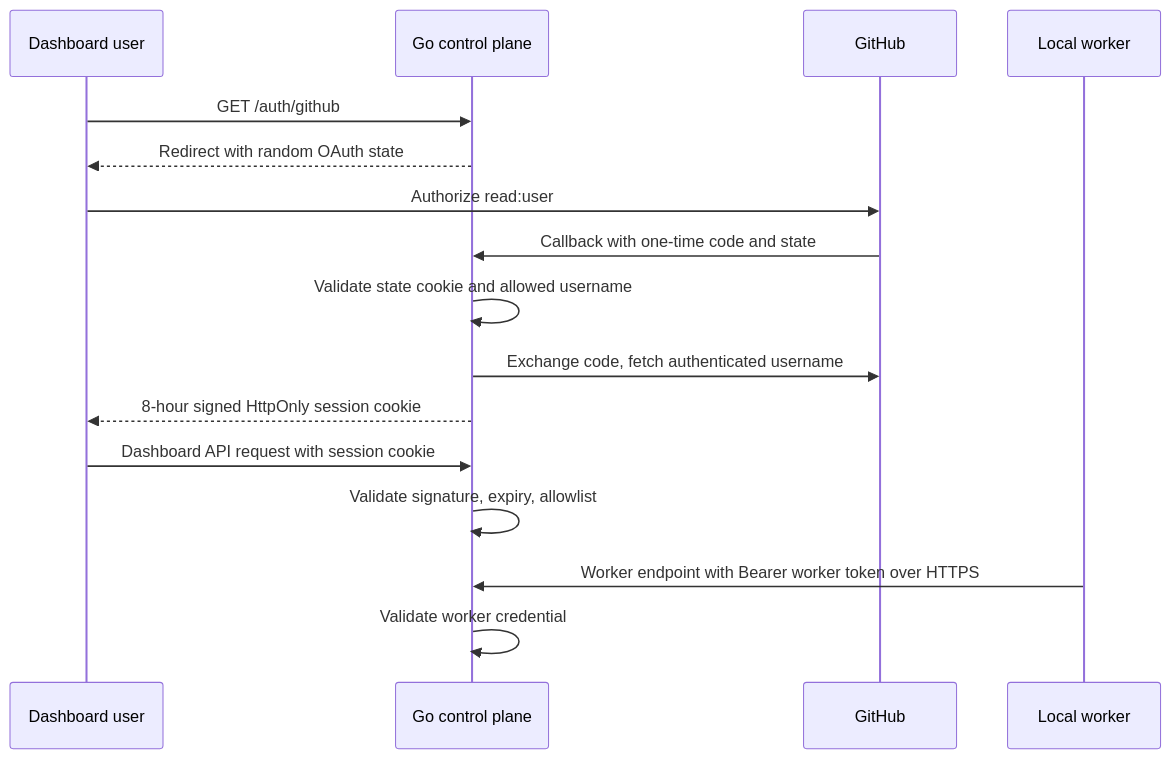
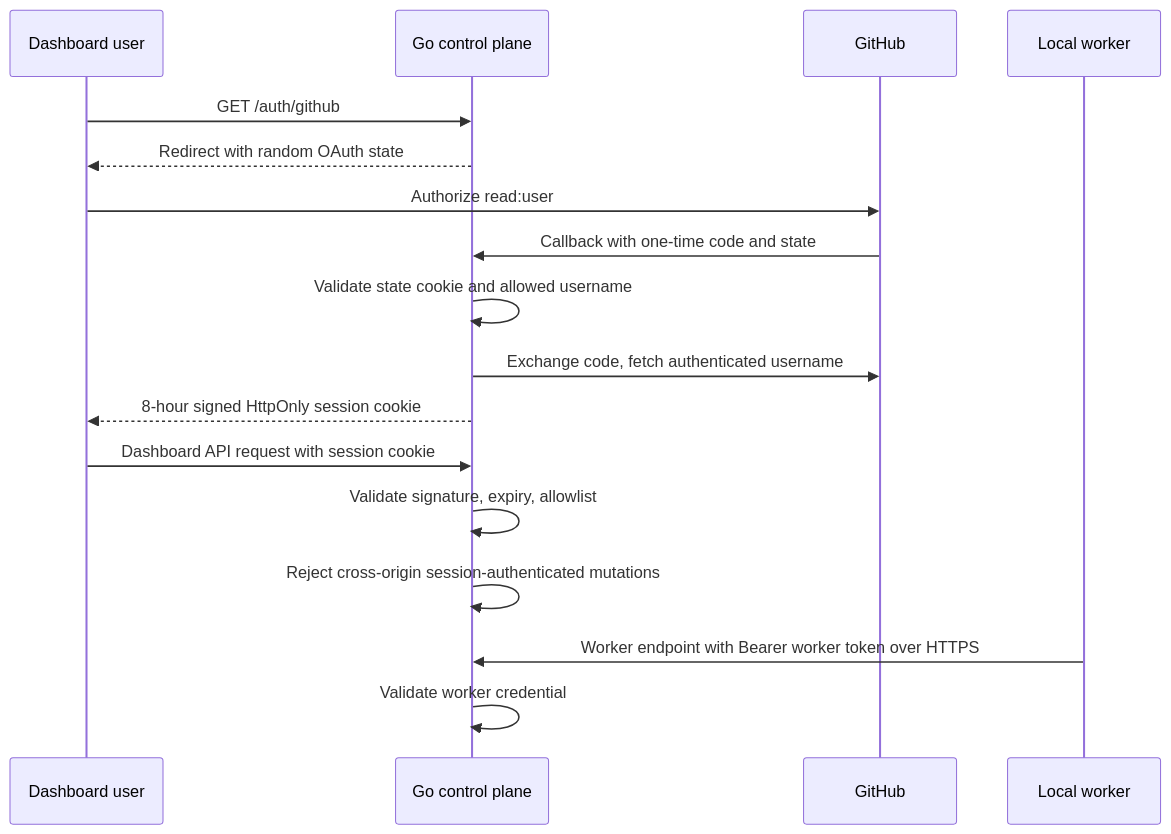
Before and after one commit to bogdaniel/zenchron-engineering-os: the diagram in docs/features/github-login-and-remote-worker-auth.md, drawn with Mermaid. The commit also changed other lines of this file and 11 other files, not shown here.

Commit message:
Guard authenticated dashboard mutations by origin

````diff
--- a/docs/features/github-login-and-remote-worker-auth.md
+++ b/docs/features/github-login-and-remote-worker-auth.md
@@ -6,18 +6,19 @@
 ```mermaid
 sequenceDiagram
     participant User as Dashboard user
     participant API as Go control plane
     participant GitHub
     participant Worker as Local worker
     User->>API: GET /auth/github
     API-->>User: Redirect with random OAuth state
     User->>GitHub: Authorize read:user
     GitHub->>API: Callback with one-time code and state
     API->>API: Validate state cookie and allowed username
     API->>GitHub: Exchange code, fetch authenticated username
     API-->>User: 8-hour signed HttpOnly session cookie
     User->>API: Dashboard API request with session cookie
     API->>API: Validate signature, expiry, allowlist
+    API->>API: Reject cross-origin session-authenticated mutations
     Worker->>API: Worker endpoint with Bearer worker token over HTTPS
     API->>API: Validate worker credential
 ```
````
